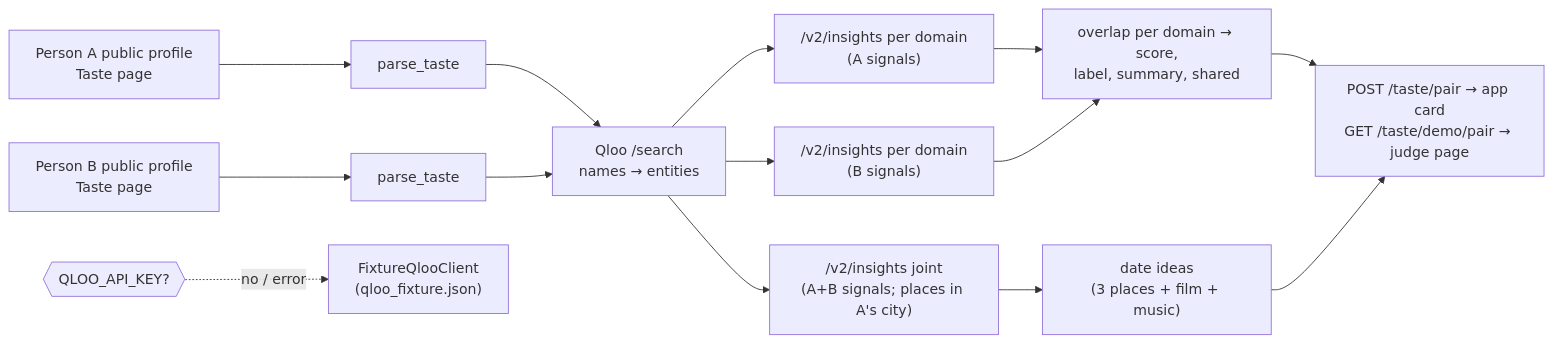
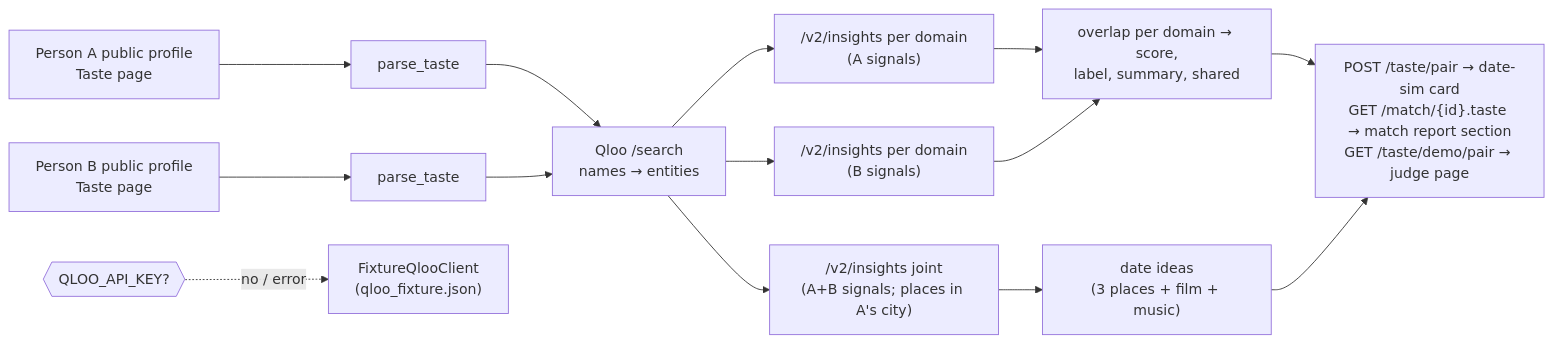
Diagram 13 of 13 in docs/ARCHITECTURE.md (suhailps93/ayma-v2), drawn with Mermaid before and after one commit. The commit also changed other lines of this file and 14 other files, not shown here.

````diff
--- a/docs/ARCHITECTURE.md
+++ b/docs/ARCHITECTURE.md
@@ -2033,13 +2042,13 @@
 ```mermaid
 flowchart LR
   A["Person A public profile<br/>Taste page"] --> PA["parse_taste"]
   B["Person B public profile<br/>Taste page"] --> PB["parse_taste"]
   PA & PB --> RES["Qloo /search<br/>names → entities"]
   RES --> RA["/v2/insights per domain<br/>(A signals)"]
   RES --> RB["/v2/insights per domain<br/>(B signals)"]
   RES --> RJ["/v2/insights joint<br/>(A+B signals; places in A's city)"]
   RA & RB --> SC["overlap per domain → score,<br/>label, summary, shared"]
   RJ --> DI["date ideas<br/>(3 places + film + music)"]
-  SC & DI --> OUT["POST /taste/pair → app card<br/>GET /taste/demo/pair → judge page"]
+  SC & DI --> OUT["POST /taste/pair → date-sim card<br/>GET /match/{id}.taste → match report section<br/>GET /taste/demo/pair → judge page"]
   Q{{"QLOO_API_KEY?"}} -.no / error.-> FX["FixtureQlooClient<br/>(qloo_fixture.json)"]
 ```
````
